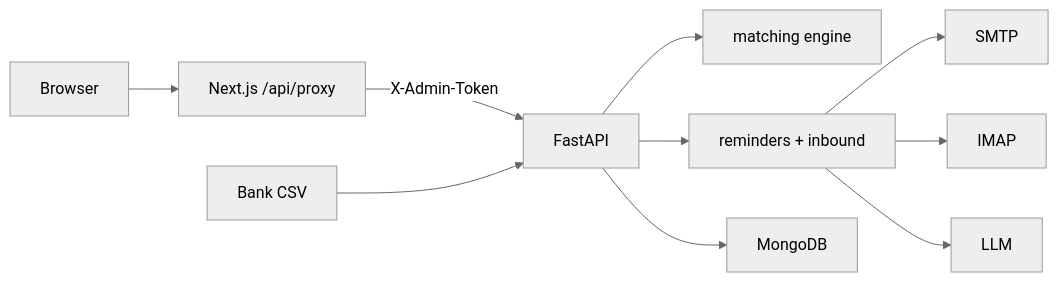
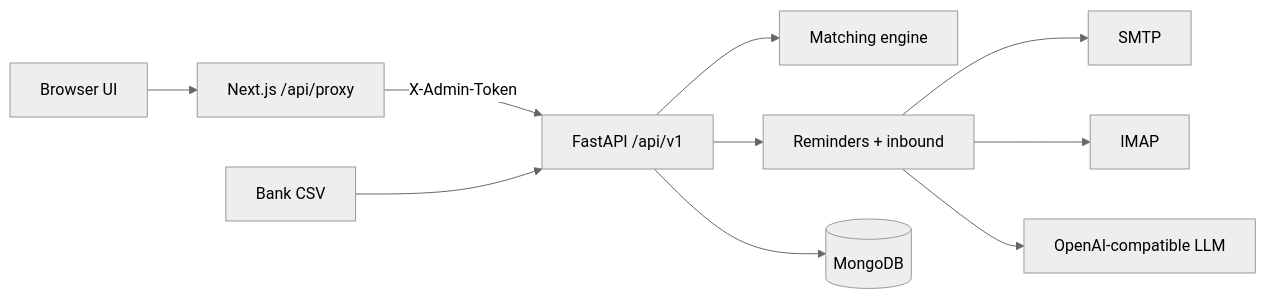
Before and after one commit to Pragyansh612/Sonic-AI-Assignment: the diagram in README.md, drawn with Mermaid (neutral theme). The commit also changed other lines of this file, not shown here.

First line of the commit message:
Phase 5c: expand README with clean-clone steps, API, and architecture.

````diff
--- a/README.md
+++ b/README.md
@@ -216,12 +7,12 @@
 ```mermaid
 flowchart LR
-  Browser --> NextProxy["Next.js /api/proxy"]
-  NextProxy -->|"X-Admin-Token"| FastAPI
-  FastAPI --> Match["matching engine"]
-  FastAPI --> Collections["reminders + inbound"]
+  Browser["Browser UI"] --> Proxy["Next.js /api/proxy"]
+  Proxy -->|"X-Admin-Token"| API["FastAPI /api/v1"]
+  API --> Match["Matching engine"]
+  API --> Collections["Reminders + inbound"]
   Collections --> SMTP
   Collections --> IMAP
-  Collections --> LLM
-  FastAPI --> MongoDB
-  CSV[Bank CSV] --> FastAPI
+  Collections --> LLM["OpenAI-compatible LLM"]
+  API --> MongoDB[(MongoDB)]
+  CSV["Bank CSV"] --> API
 ```
````
